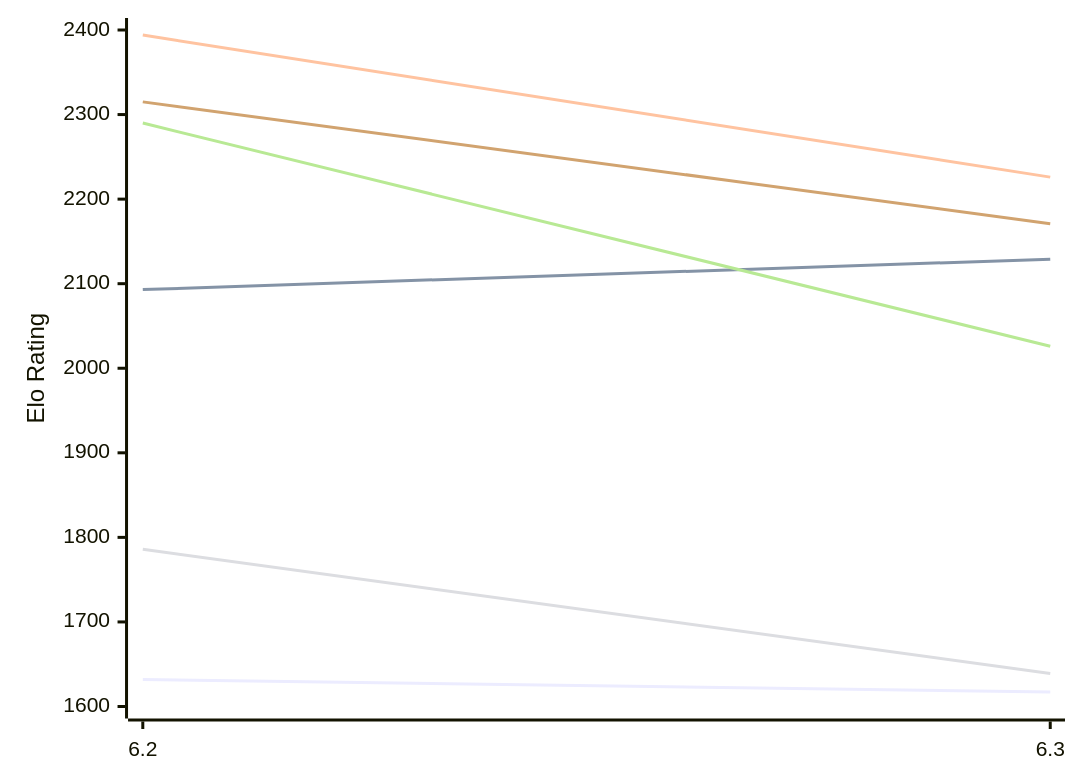
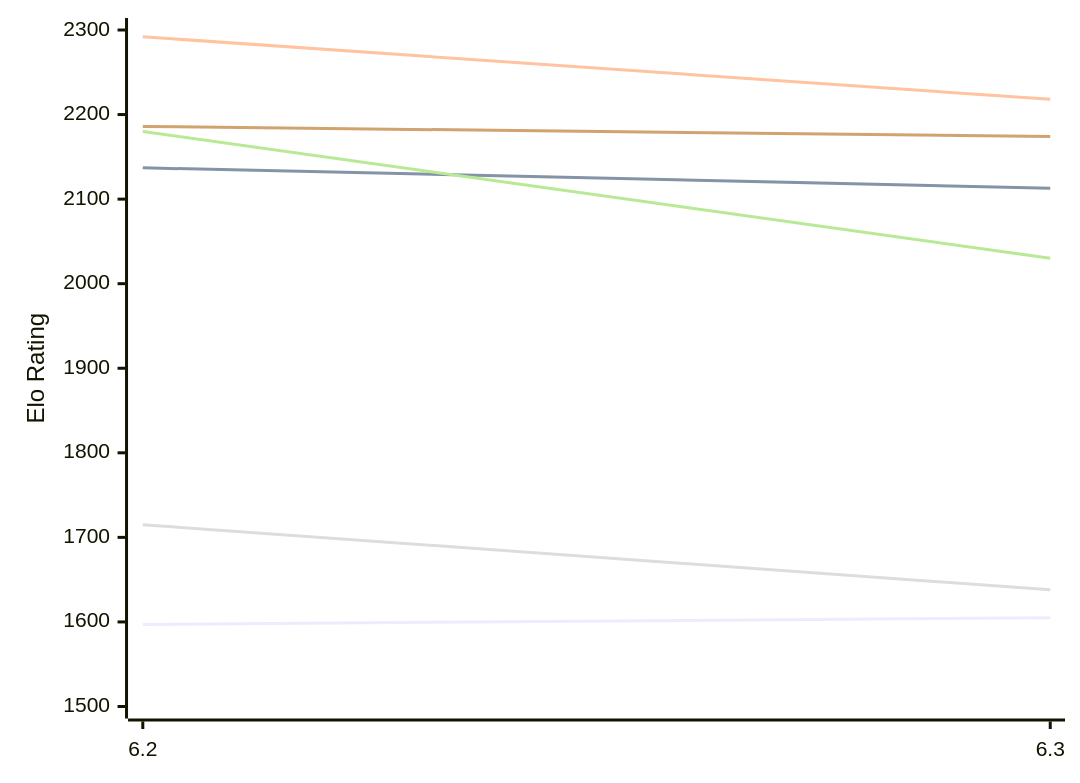
Before and after one commit to computer-chess-index/cci: the first of 2 diagrams in engines/chess4j.md, drawn with Mermaid. The commit also changed other lines of this file, not shown here.

Commit message:
Update CCI Ratings (ELO VLTC) - 2026-11-15

````diff
--- a/engines/chess4j.md
+++ b/engines/chess4j.md
@@ -50,12 +50,12 @@
 ```mermaid
 %%{init: {"theme":"base","themeVariables":{"seriesColors:['#a3a3a3','#222221','#faa371']}}}%%
 xychart-beta
   x-axis ["6.2", "6.3"]
-  y-axis "Elo Rating" 1600 --> 2400
-  line "E1: STC (8.0+0.08s)" [1632, 1617]
-  line "E1: LTC (60.0+0.60s)" [2093, 2129]
-  line "E1: VLTC (2m24s+1.12s)" [2394, 2226]
-  line "P1: STC (8.0+0.08s)" [1786, 1639]
-  line "P1: LTC (60.0+0.60s)" [2290, 2026]
-  line "P1: VLTC (2m24s+1.12s)" [2315, 2171]
+  y-axis "Elo Rating" 1500 --> 2300
+  line "E1: STC (8.0+0.08s)" [1597, 1605]
+  line "E1: LTC (60.0+0.60s)" [2137, 2113]
+  line "E1: VLTC (2m24s+1.12s)" [2292, 2218]
+  line "P1: STC (8.0+0.08s)" [1715, 1638]
+  line "P1: LTC (60.0+0.60s)" [2180, 2030]
+  line "P1: VLTC (2m24s+1.12s)" [2186, 2174]
 ```
````
